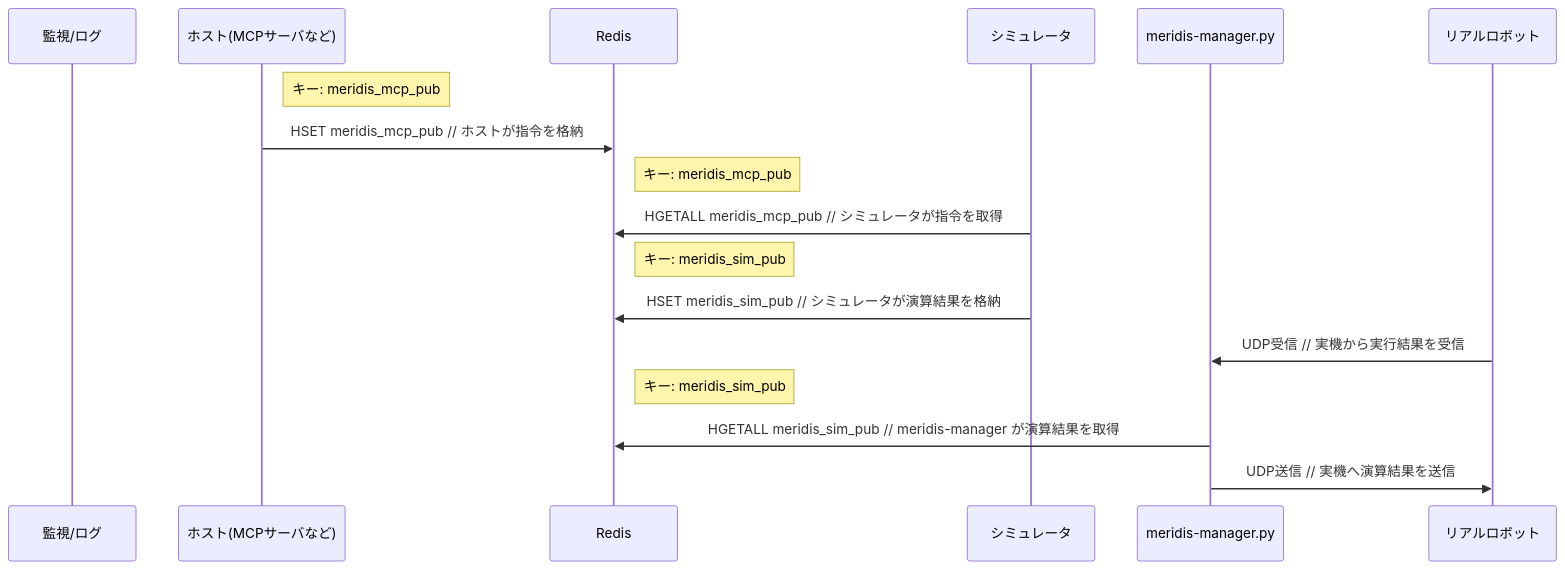
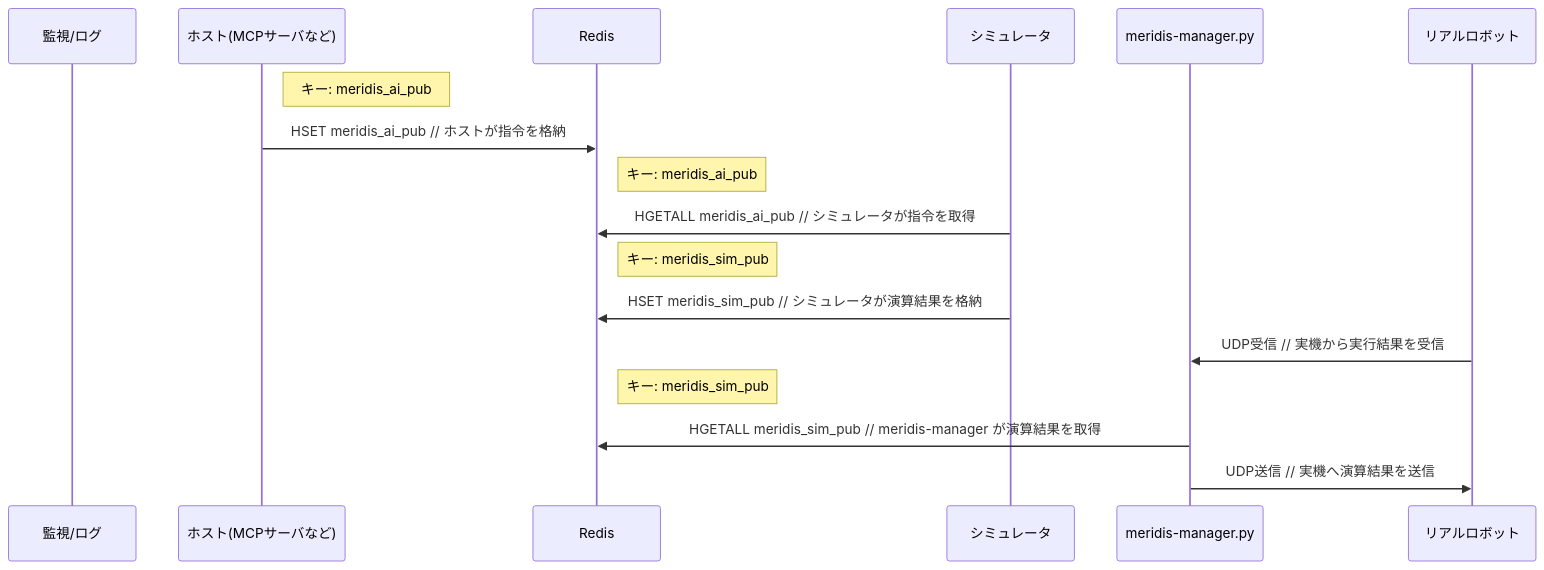
The second of 4 diagrams in README_advance.md (holypong/meridis), drawn with Mermaid before and after one commit. The commit also changed other lines of this file and 4 other files, not shown here.

````diff
--- a/README_advance.md
+++ b/README_advance.md
@@ -129,20 +129,20 @@
 ```mermaid
 sequenceDiagram
     participant MON as 監視/ログ
     participant HOST as ホスト(MCPサーバなど)
     participant R as Redis
     participant SIM as シミュレータ
     participant MMD as meridis-manager.py
     participant ROB as リアルロボット
 
-    Note right of HOST: キー: meridis_mcp_pub
-    HOST->>R: HSET meridis_mcp_pub // ホストが指令を格納
-    Note right of R: キー: meridis_mcp_pub
-    SIM->>R: HGETALL meridis_mcp_pub  // シミュレータが指令を取得
+    Note right of HOST: キー: meridis_ai_pub
+    HOST->>R: HSET meridis_ai_pub // ホストが指令を格納
+    Note right of R: キー: meridis_ai_pub
+    SIM->>R: HGETALL meridis_ai_pub  // シミュレータが指令を取得
     Note right of R: キー: meridis_sim_pub
     SIM->>R: HSET meridis_sim_pub // シミュレータが演算結果を格納
     ROB->>MMD: UDP受信  // 実機から実行結果を受信
     Note right of R: キー: meridis_sim_pub
     MMD->>R: HGETALL meridis_sim_pub  // meridis-manager が演算結果を取得
     MMD->>ROB: UDP送信  // 実機へ演算結果を送信
 ```
````
